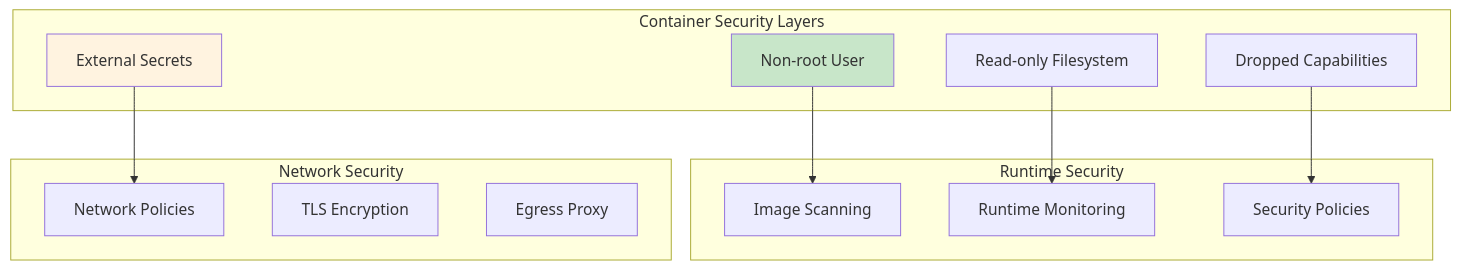
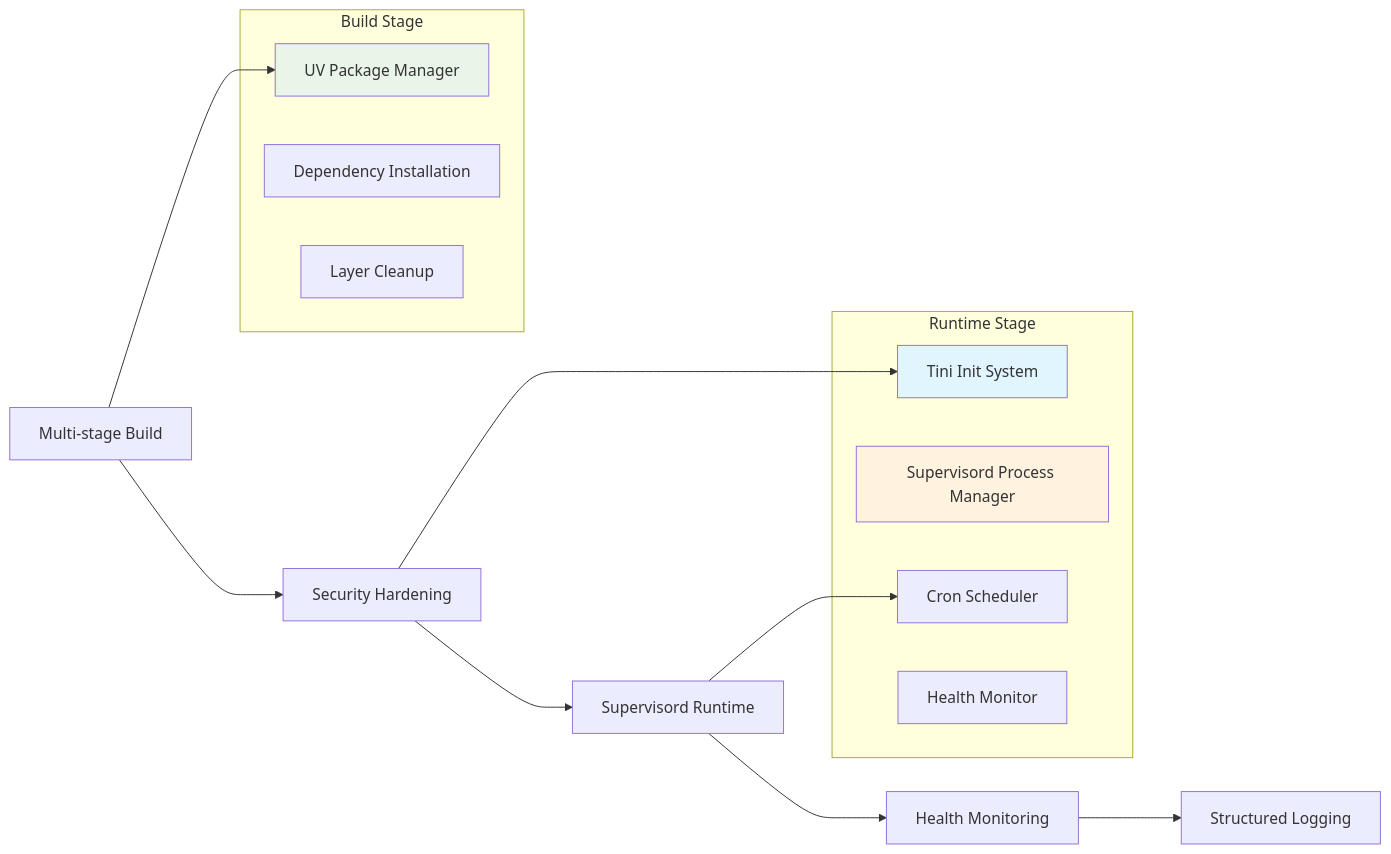
One commit to makutaku/vortex changed the second of 5 diagrams in docs/design/hld/07-deployment-architecture.md. Above: the diagram before and after it, drawn with Mermaid. The commit also changed other lines of this file and 2 other files, not shown here.

First line of the commit message:
Update security design docs to reflect current codebase implementation

````diff
--- a/docs/design/hld/07-deployment-architecture.md
+++ b/docs/design/hld/07-deployment-architecture.md
@@ -131,29 +201,28 @@
 ```mermaid
-graph TB
-    subgraph "Container Security Layers"
-        User[Non-root User]
-        FS[Read-only Filesystem]
-        Caps[Dropped Capabilities]
-        Secrets[External Secrets]
+graph LR
+    Build[Multi-stage Build] --> Security[Security Hardening]
+    Security --> Runtime[Supervisord Runtime]
+    Runtime --> Health[Health Monitoring]
+    Health --> Logs[Structured Logging]
+    
+    subgraph "Build Stage"
+        UV[UV Package Manager]
+        Deps[Dependency Installation]
+        Clean[Layer Cleanup]
     end
     
-    subgraph "Runtime Security"
-        Scanner[Image Scanning]
-        Monitor[Runtime Monitoring]
-        Policy[Security Policies]
+    subgraph "Runtime Stage"
+        Tini[Tini Init System]
+        Supervisor[Supervisord Process Manager]
+        Scheduler[Cron Scheduler]
+        HealthCheck[Health Monitor]
     end
     
-    subgraph "Network Security"
-        Firewall[Network Policies]
-        TLS[TLS Encryption]
-        Proxy[Egress Proxy]
-    end
+    Build --> UV
+    Security --> Tini
+    Runtime --> Scheduler
     
-    User --> Scanner
-    FS --> Monitor
-    Caps --> Policy
-    Secrets --> Firewall
-    
-    style User fill:#c8e6c9
-    style Secrets fill:#fff3e0
+    style Tini fill:#e1f5fe
+    style Supervisor fill:#fff3e0
+    style UV fill:#e8f5e8
 ```
````
